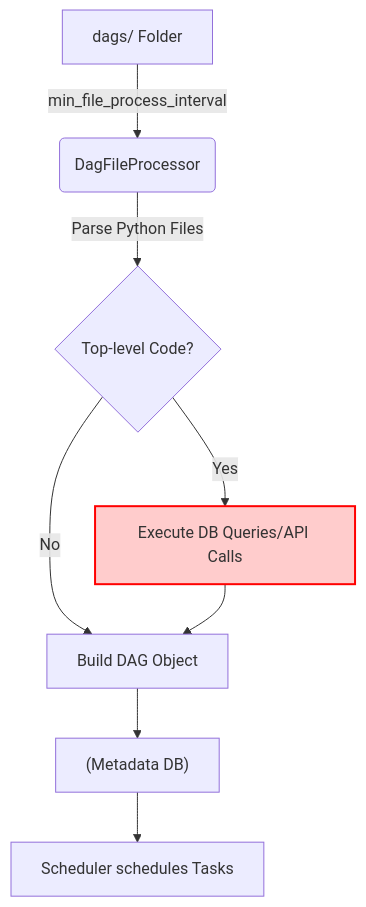
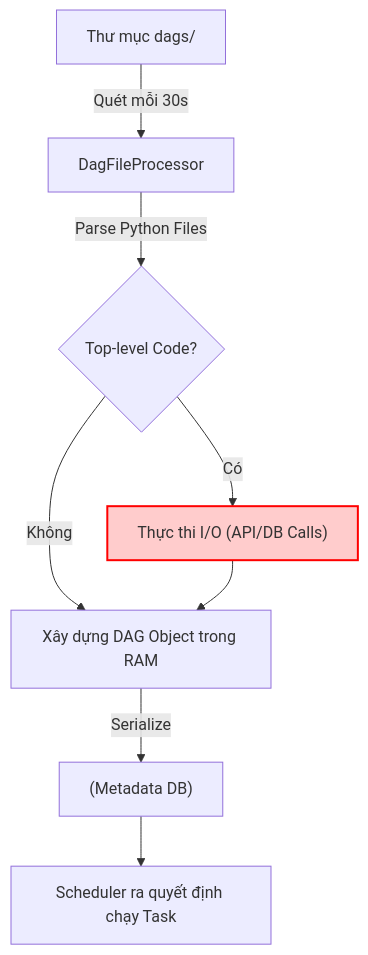
Before and after one commit to kythuatdulieu/kythuatdulieu.github.io: the first of 2 diagrams in src/content/docs/concepts/7-dataops-orchestration-quality/dag.md, drawn with Mermaid. The commit also changed other lines of this file and 228 other files, not shown here.

Commit message:
Fix syntax and rewrite 200+ concepts docs to deep-dive system architecture and add GA4 tracking to quiz app

````diff
--- a/src/content/docs/concepts/7-dataops-orchestration-quality/dag.md
+++ b/src/content/docs/concepts/7-dataops-orchestration-quality/dag.md
@@ -26,12 +31,12 @@
 ```mermaid
 graph TD
-    A["dags/ Folder"] -->|min_file_process_interval| B("DagFileProcessor")
+    A["Thư mục dags/"] -->|Quét mỗi 30s| B["DagFileProcessor"]
     B -->|Parse Python Files| C{"Top-level Code?"}
-    C -- Yes --> D["Execute DB Queries/API Calls"]
-    C -- No --> E["Build DAG Object"]
+    C -- Có --> D["Thực thi I/O (API/DB Calls)"]
+    C -- Không --> E["Xây dựng DAG Object trong RAM"]
     D --> E
-    E --> F["(Metadata DB)"]
-    F --> G["Scheduler schedules Tasks"]
+    E -->|Serialize| F["(Metadata DB)"]
+    F --> G["Scheduler ra quyết định chạy Task"]
     
     style D fill:#ffcccc,stroke:#ff0000,stroke-width:2px
 ```
````
